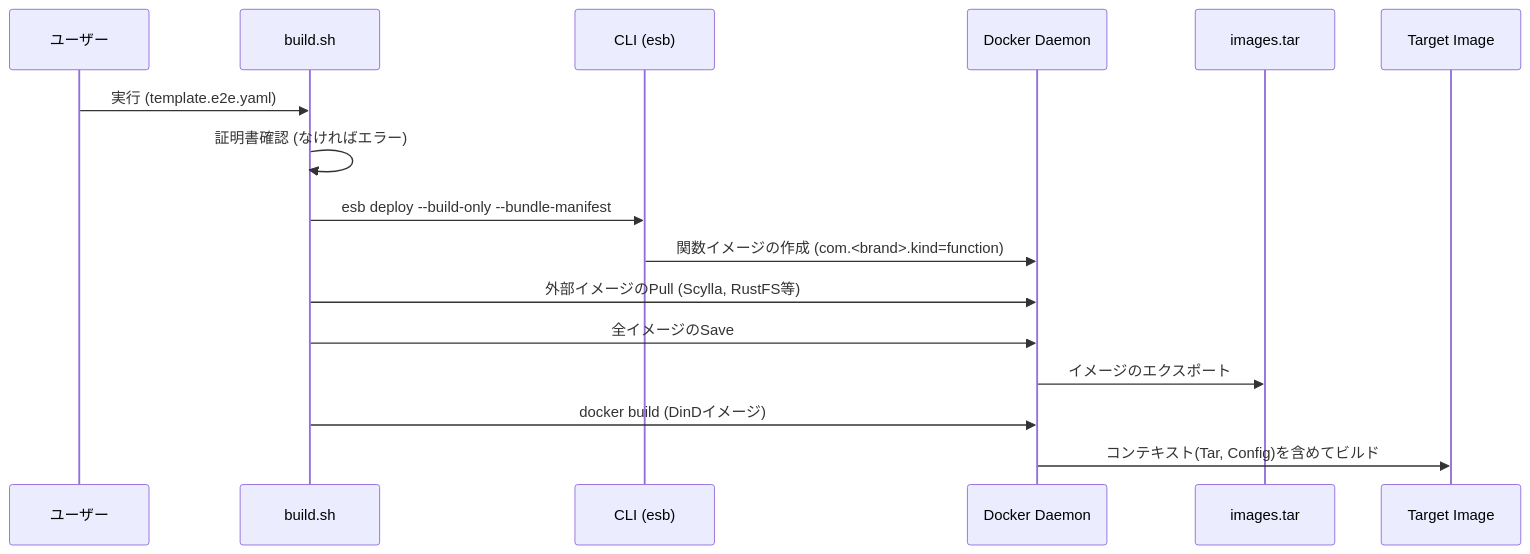
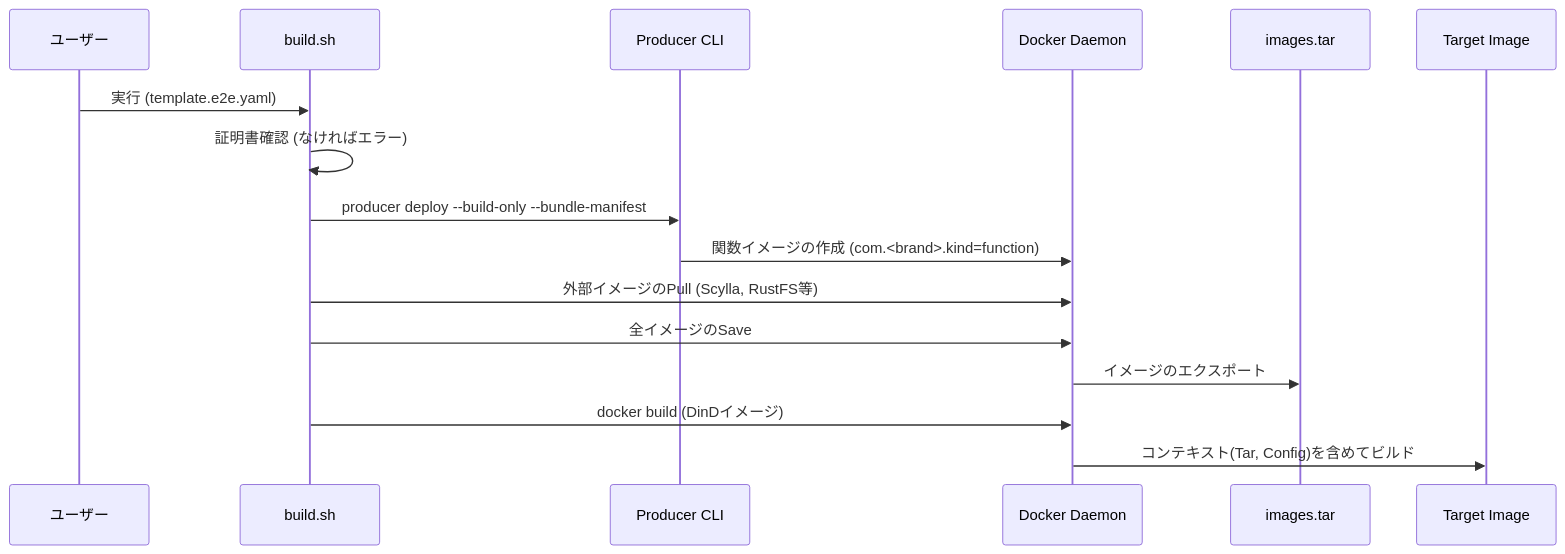
Before and after one commit to poruru-code/esb: the first of 2 diagrams in tools/dind-bundler/README.md, drawn with Mermaid. The commit also changed other lines of this file and 23 other files, not shown here.

Commit message:
docs: remove producer-cli operation guidance from core repo

````diff
--- a/tools/dind-bundler/README.md
+++ b/tools/dind-bundler/README.md
@@ -63,19 +63,19 @@
 ```mermaid
 sequenceDiagram
     participant User as ユーザー
     participant Script as build.sh
-    participant CLI as CLI (esb)
+    participant CLI as Producer CLI
     participant Docker as Docker Daemon
     participant Tar as images.tar
     participant Image as Target Image
 
     User->>Script: 実行 (template.e2e.yaml)
     Script->>Script: 証明書確認 (なければエラー)
-    Script->>CLI: esb deploy --build-only --bundle-manifest
+    Script->>CLI: producer deploy --build-only --bundle-manifest
     CLI->>Docker: 関数イメージの作成 (com.<brand>.kind=function)
     Script->>Docker: 外部イメージのPull (Scylla, RustFS等)
     Script->>Docker: 全イメージのSave
     Docker->>Tar: イメージのエクスポート
     Script->>Docker: docker build (DinDイメージ)
     Docker->>Image: コンテキスト(Tar, Config)を含めてビルド
 ```
````
